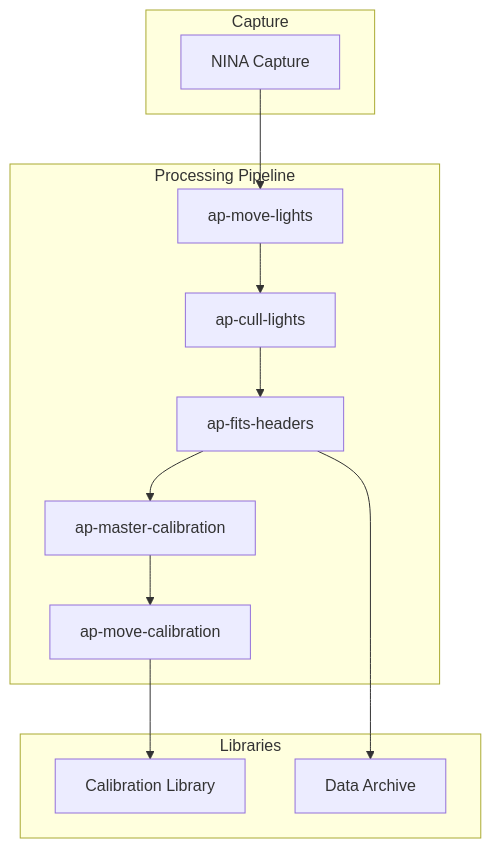
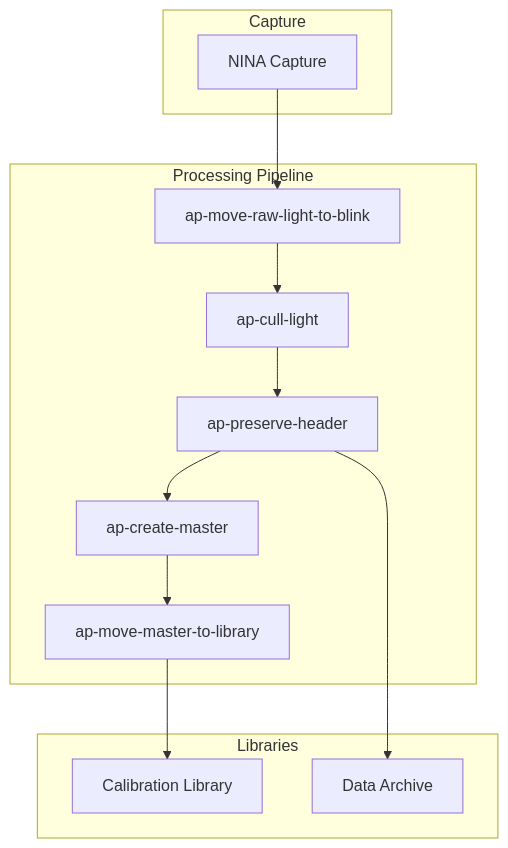
Before and after one commit to jewzaam/ap-base: the diagram in docs/index.md, drawn with Mermaid. The commit also changed other lines of this file and 10 other files, not shown here.

````diff
--- a/docs/index.md
+++ b/docs/index.md
@@ -9,27 +9,27 @@
 ```mermaid
 flowchart TB
     subgraph Capture
         NINA[NINA Capture]
     end
 
     subgraph Processing["Processing Pipeline"]
-        ML[ap-move-lights]
-        CL[ap-cull-lights]
-        FH[ap-fits-headers]
-        MC[ap-master-calibration]
-        MV[ap-move-calibration]
+        ML[ap-move-raw-light-to-blink]
+        CL[ap-cull-light]
+        FH[ap-preserve-header]
+        MC[ap-create-master]
+        MV[ap-move-master-to-library]
     end
 
     subgraph Libraries
         CAL[Calibration Library]
         DATA[Data Archive]
     end
 
     NINA --> ML
     ML --> CL
     CL --> FH
     FH --> MC
     MC --> MV
     MV --> CAL
     FH --> DATA
 ```
````
